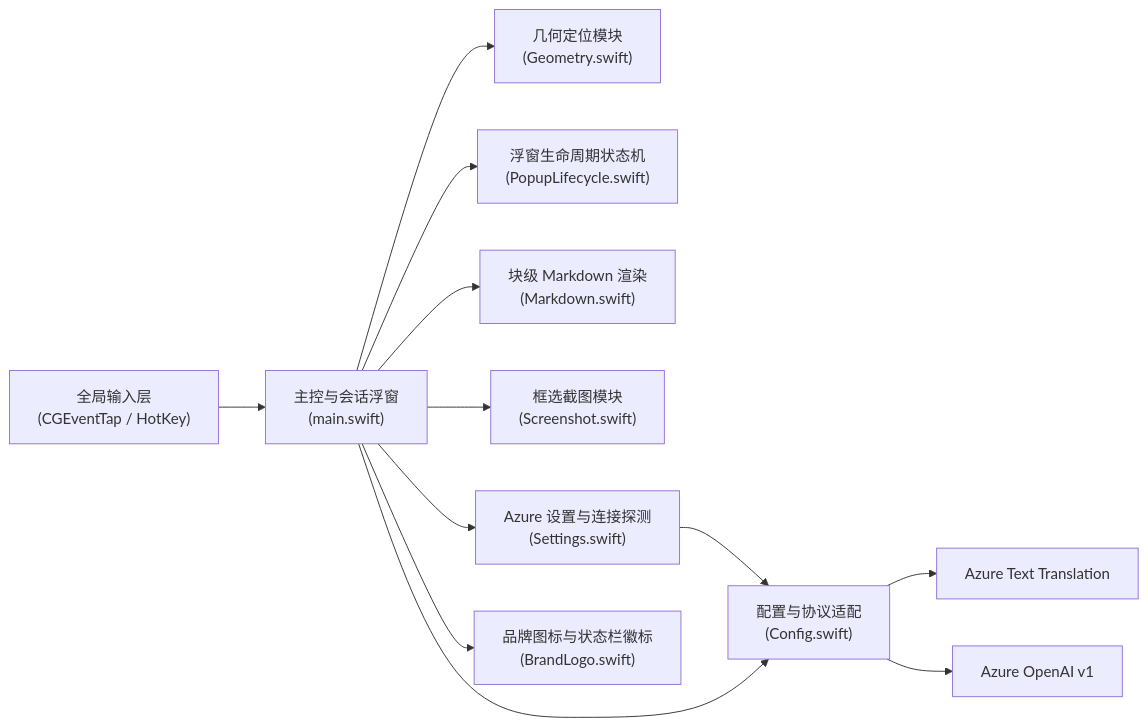
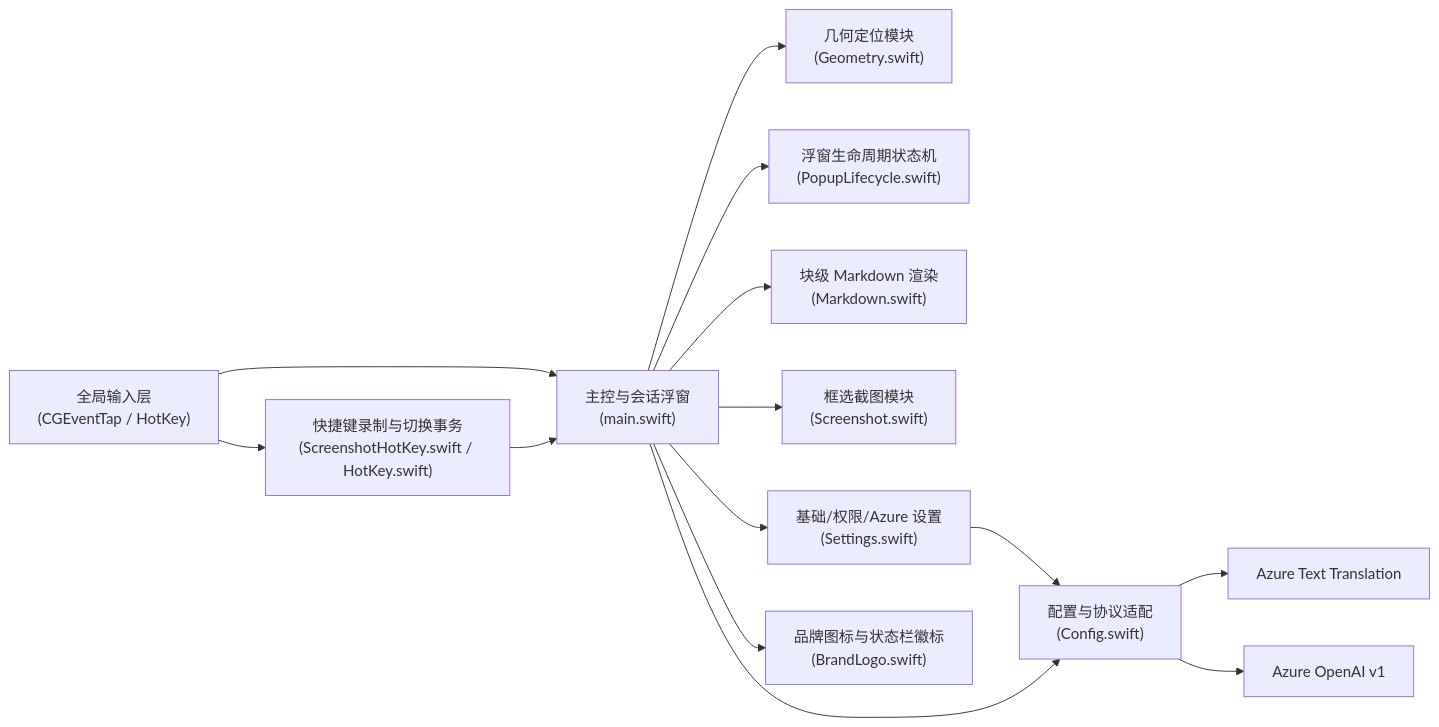
One commit to Sofiawuh/Glint changed the first of 2 diagrams in docs/architecture/overview.md. Above: the diagram before and after it, drawn with Mermaid. The commit also changed other lines of this file and 16 other files, not shown here.

````diff
--- a/docs/architecture/overview.md
+++ b/docs/architecture/overview.md
@@ -7,14 +7,16 @@
 ```mermaid
 flowchart LR
     EventTap["全局输入层\n(CGEventTap / HotKey)"] --> AppCore["主控与会话浮窗\n(main.swift)"]
     AppCore --> Geo["几何定位模块\n(Geometry.swift)"]
     AppCore --> PopupState["浮窗生命周期状态机\n(PopupLifecycle.swift)"]
     AppCore --> MD["块级 Markdown 渲染\n(Markdown.swift)"]
     AppCore --> Capture["框选截图模块\n(Screenshot.swift)"]
-    AppCore --> SettingsUI["Azure 设置与连接探测\n(Settings.swift)"]
+    AppCore --> SettingsUI["基础/权限/Azure 设置\n(Settings.swift)"]
+    EventTap --> HotKeyDomain["快捷键录制与切换事务\n(ScreenshotHotKey.swift / HotKey.swift)"]
+    HotKeyDomain --> AppCore
     AppCore --> Brand["品牌图标与状态栏徽标\n(BrandLogo.swift)"]
     SettingsUI --> Config["配置与协议适配\n(Config.swift)"]
     AppCore --> Config
     Config --> Translator["Azure Text Translation"]
     Config --> GPT["Azure OpenAI v1"]
 ```
````
